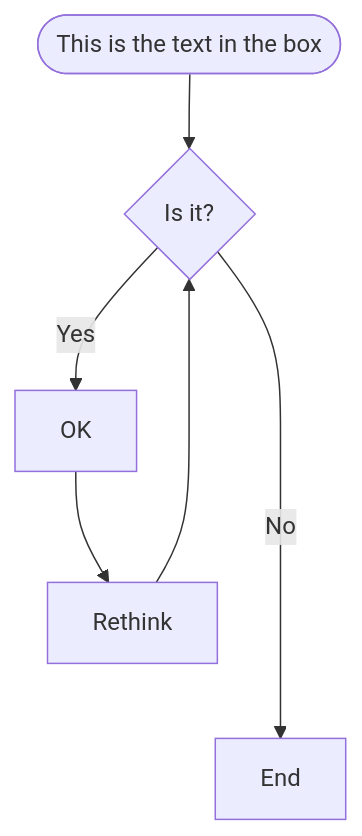
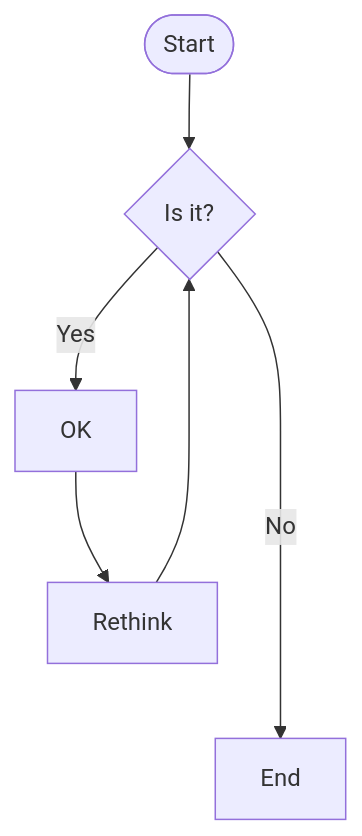
Before and after one commit to yingjianzh/iodraw-files: the diagram in all/未命名-5.md, drawn with Mermaid.

Commit message:
2024-08-08 17:57:38 update

````diff
--- a/all/未命名-5.md
+++ b/all/未命名-5.md
@@ -1,8 +1,8 @@
 ```mermaid
 flowchart TD
-     id1([This is the text in the box]) --> B{Is it?}
+     id1([Start]) --> B{Is it?}
     B -- Yes --> C[OK]
     C --> D[Rethink]
     D --> B
     B -- No ----> E[End]
 ```
````
